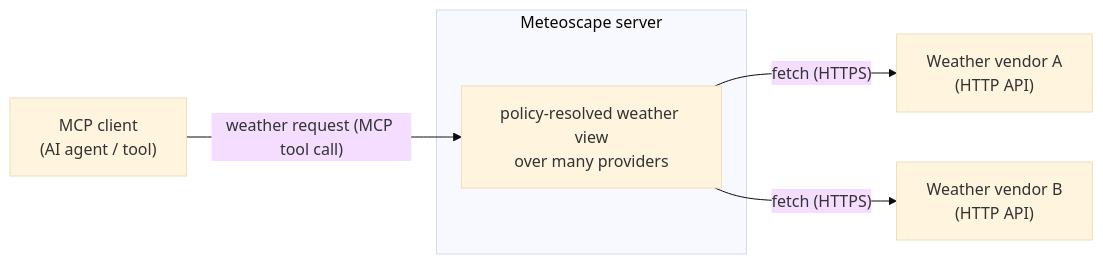
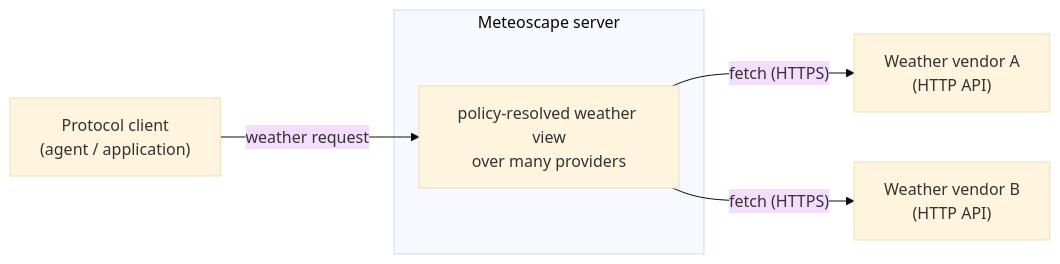
Before and after one commit to dveyarangi/meteoscape: the first of 3 diagrams in docs/architecture.md, drawn with Mermaid (base theme). The commit also changed other lines of this file and 26 other files, not shown here.

Commit message:
docs: separate architecture from delivery status

````diff
--- a/docs/architecture.md
+++ b/docs/architecture.md
@@ -46,13 +46,13 @@
 ```mermaid
 flowchart LR
-  CLIENT["MCP client<br/>(AI agent / tool)"]
+  CLIENT["Protocol client<br/>(agent / application)"]
   subgraph SYS["Meteoscape server"]
     CORE["policy-resolved weather view<br/>over many providers"]
   end
-  V1["Weather vendor A<br/>(HTTP API)"]
-  V2["Weather vendor B<br/>(HTTP API)"]
+  VA["Weather vendor A<br/>(HTTP API)"]
+  VB["Weather vendor B<br/>(HTTP API)"]
 
-  CLIENT -->|"weather request (MCP tool call)"| CORE
-  CORE -->|"fetch (HTTPS)"| V1
-  CORE -->|"fetch (HTTPS)"| V2
+  CLIENT -->|"weather request"| CORE
+  CORE -->|"fetch (HTTPS)"| VA
+  CORE -->|"fetch (HTTPS)"| VB
 ```
````
